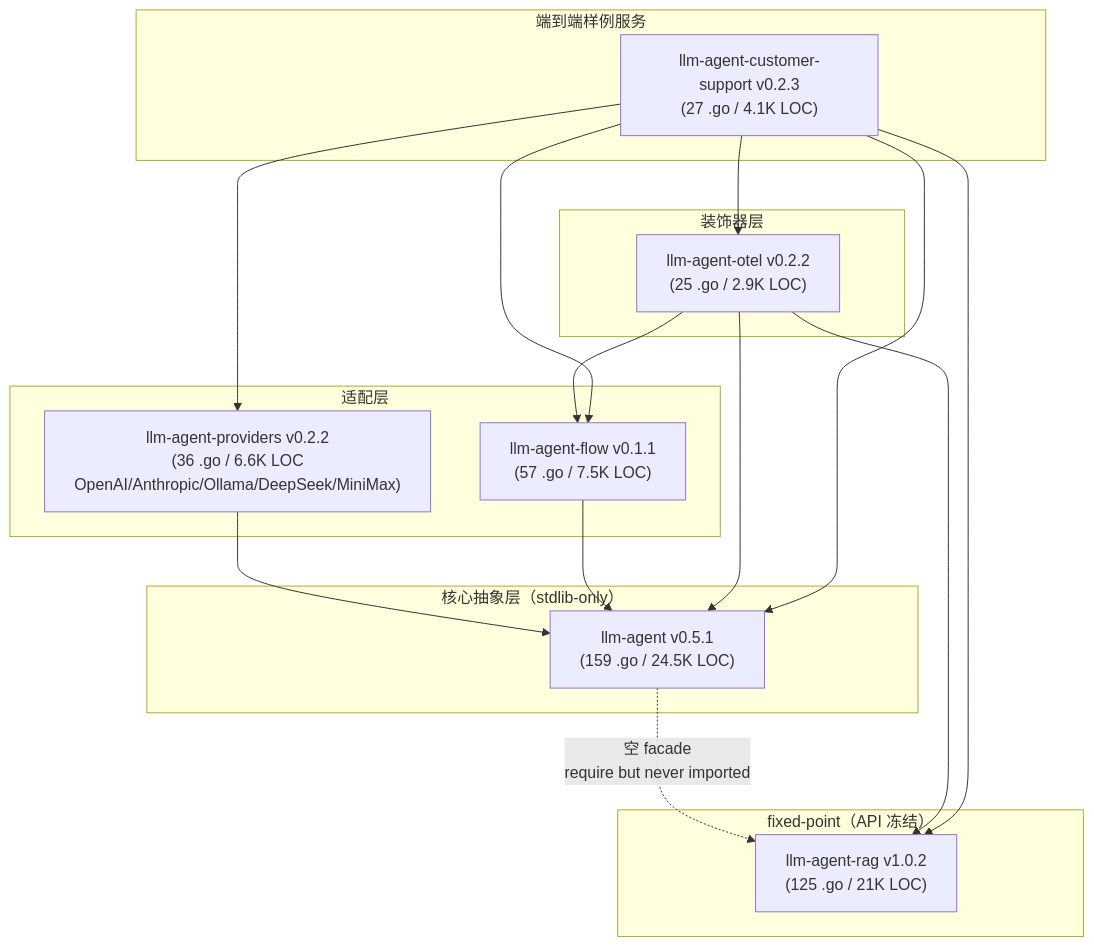
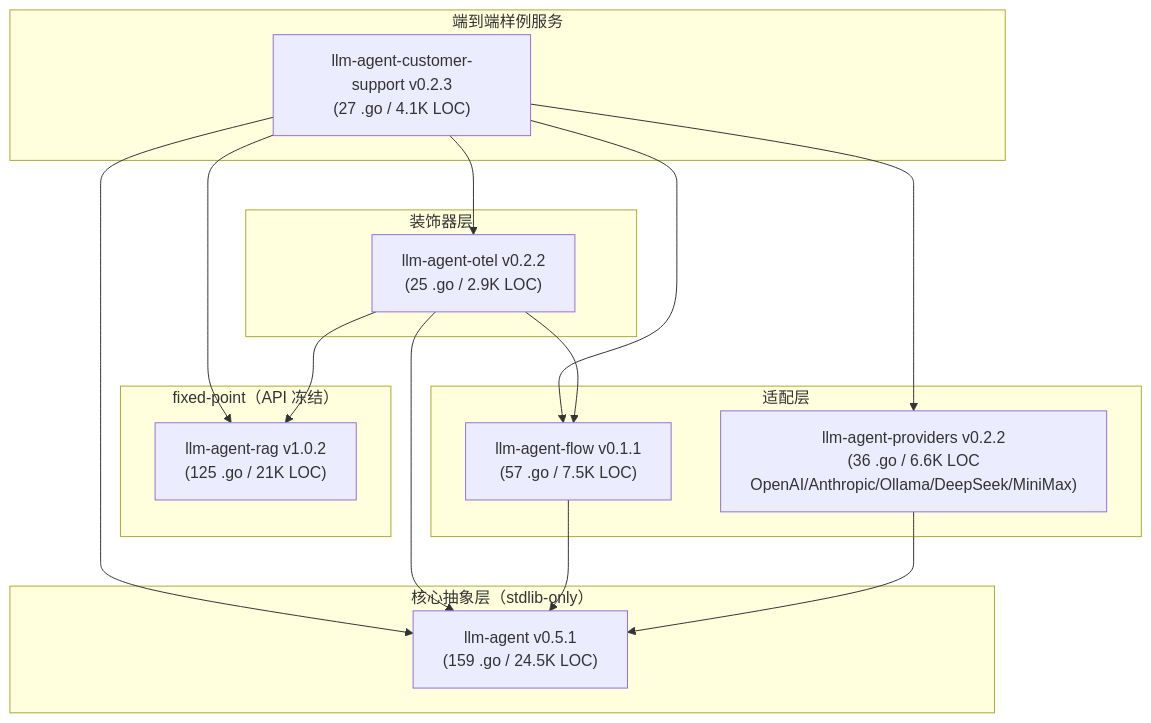
Before and after one commit to costa92/llm-agent-ecosystem: the diagram in docs/ecosystem-design-review.zh-CN.md, drawn with Mermaid. The commit also changed other lines of this file and 5 other files, not shown here.

````diff
--- a/docs/ecosystem-design-review.zh-CN.md
+++ b/docs/ecosystem-design-review.zh-CN.md
@@ -34,35 +34,34 @@
 ```mermaid
 flowchart TB
     subgraph fixedpoint["fixed-point（API 冻结）"]
         rag["llm-agent-rag v1.0.2<br/>(125 .go / 21K LOC)"]
     end
 
     subgraph core["核心抽象层（stdlib-only）"]
         agent["llm-agent v0.5.1<br/>(159 .go / 24.5K LOC)"]
     end
 
     subgraph adapter["适配层"]
         providers["llm-agent-providers v0.2.2<br/>(36 .go / 6.6K LOC<br/>OpenAI/Anthropic/Ollama/DeepSeek/MiniMax)"]
         flow["llm-agent-flow v0.1.1<br/>(57 .go / 7.5K LOC)"]
     end
 
     subgraph decorator["装饰器层"]
         otel["llm-agent-otel v0.2.2<br/>(25 .go / 2.9K LOC)"]
     end
 
     subgraph service["端到端样例服务"]
         cs["llm-agent-customer-support v0.2.3<br/>(27 .go / 4.1K LOC)"]
     end
 
-    agent -.->|空 facade<br/>require but never imported| rag
     providers --> agent
     flow --> agent
     otel --> agent
     otel --> rag
     otel --> flow
     cs --> agent
     cs --> providers
     cs --> otel
     cs --> flow
     cs --> rag
 ```
````
